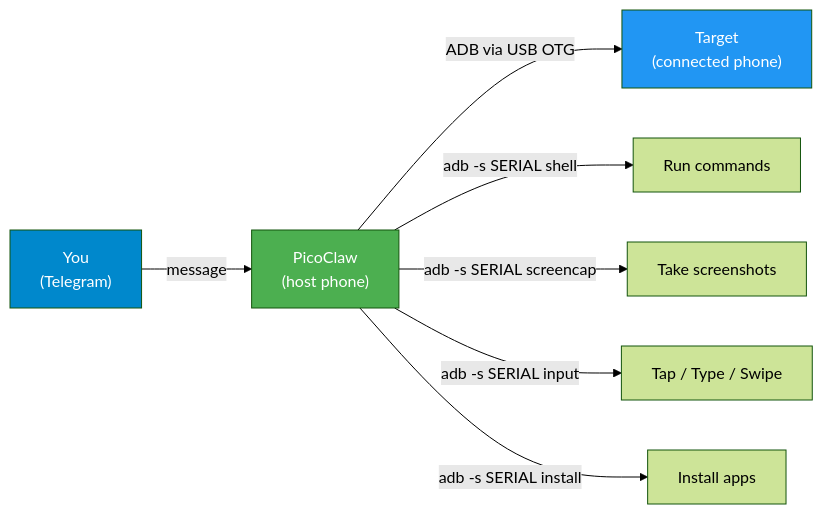
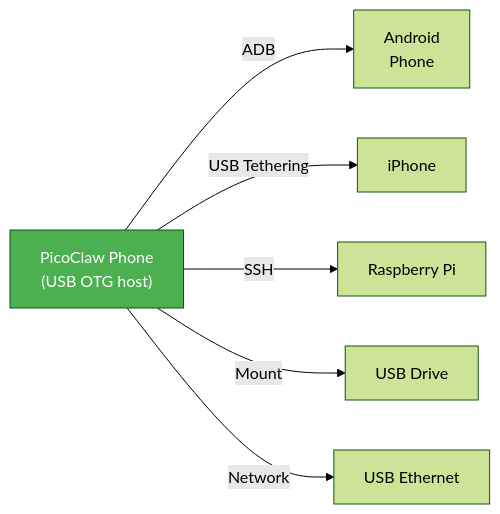
Before and after one commit to carrilloapps/picoclaw-dotfiles: the diagram in docs/09-remote-devices.md, drawn with Mermaid (forest theme). The commit also changed other lines of this file and 1 other file, not shown here.

First line of the commit message:
feat: universal device control — Android, iPhone, Raspberry Pi, USB drives

````diff
--- a/docs/09-remote-devices.md
+++ b/docs/09-remote-devices.md
@@ -120,14 +19,12 @@
 ```mermaid
 graph LR
-    USER["You<br/>(Telegram)"] -->|message| PC["PicoClaw<br/>(host phone)"]
-    PC -->|"ADB via USB OTG"| TARGET["Target<br/>(connected phone)"]
+    PC["PicoClaw Phone<br/>(USB OTG host)"]
 
-    PC -->|"adb -s SERIAL shell"| CMD["Run commands"]
-    PC -->|"adb -s SERIAL screencap"| SS["Take screenshots"]
-    PC -->|"adb -s SERIAL input"| INPUT["Tap / Type / Swipe"]
-    PC -->|"adb -s SERIAL install"| APK["Install apps"]
+    PC -->|"ADB"| AND["Android<br/>Phone"]
+    PC -->|"USB Tethering"| IPH["iPhone"]
+    PC -->|"SSH"| RPI["Raspberry Pi"]
+    PC -->|"Mount"| USB["USB Drive"]
+    PC -->|"Network"| ETH["USB Ethernet"]
 
     style PC fill:#4caf50,color:#fff
-    style TARGET fill:#2196f3,color:#fff
-    style USER fill:#0088cc,color:#fff
 ```
````
